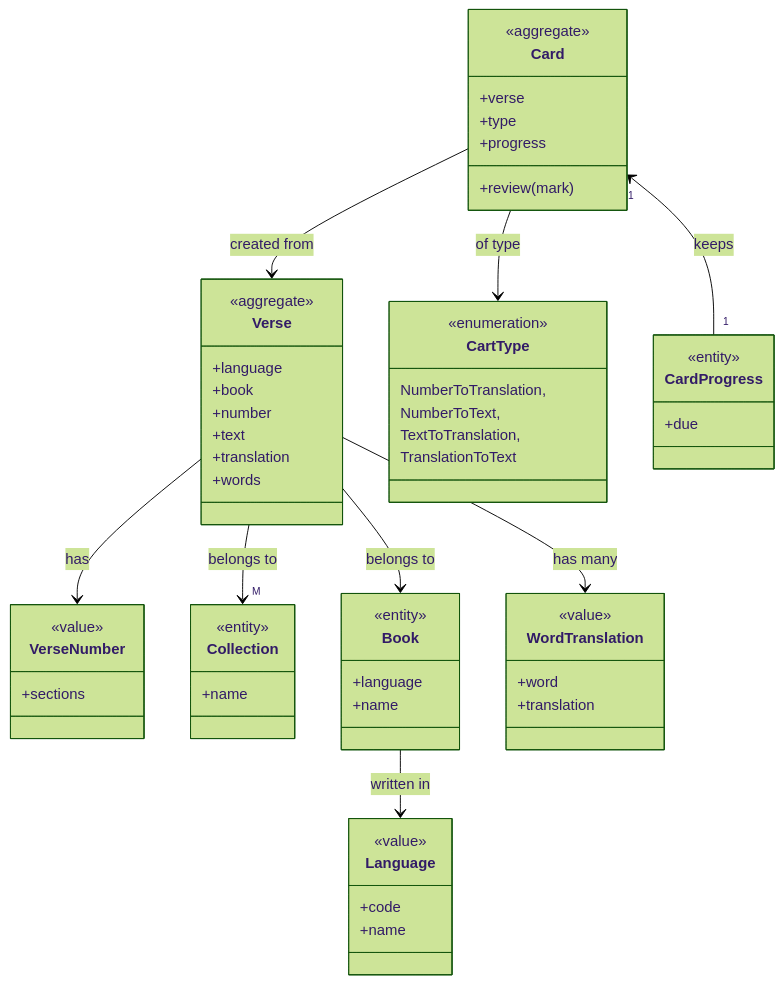
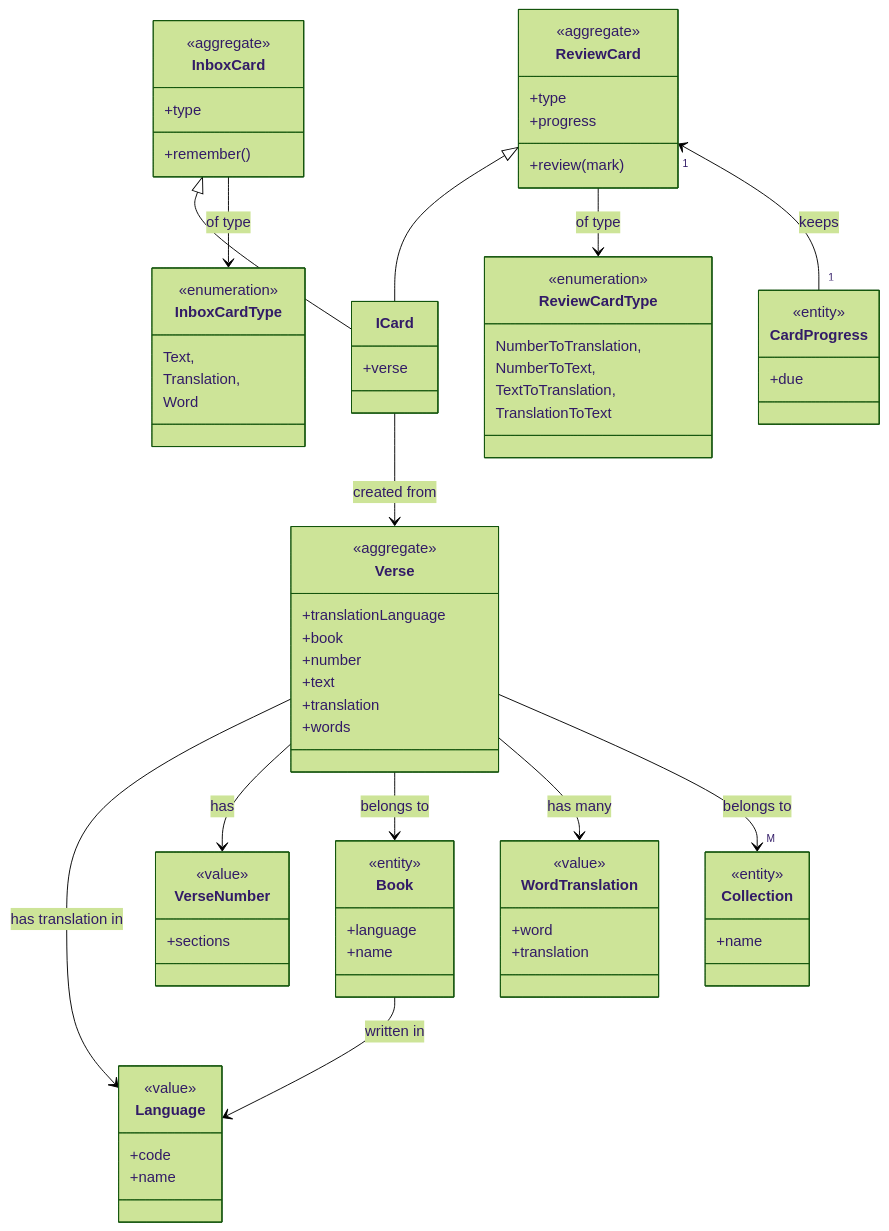
One commit to akdasa-studios/shlokas changed the diagram in docs/models.md. Above: the diagram before and after it, drawn with Mermaid (forest theme). The commit also changed 1 other file, not shown here.

Commit message:
docs: flow and models

````diff
--- a/docs/models.md
+++ b/docs/models.md
@@ -33,7 +33,7 @@
 
 class Verse {
     <<aggregate>>
-    +language
+    +translationLanguage
     +book
     +number
     +text
@@ -41,7 +41,14 @@
     +words
 }
 
-class CartType {
+class InboxCardType {
+    <<enumeration>>
+    Text,
+    Translation,
+    Word
+}
+
+class ReviewCardType {
     <<enumeration>>
     NumberToTranslation,
     NumberToText,
@@ -49,9 +56,18 @@
     TranslationToText
 }
 
-class Card {
+class ICard {
+    +verse
+}
+
+class InboxCard {
     <<aggregate>>
-    +verse
+    +type
+    +remember()
+}
+
+class ReviewCard {
+    <<aggregate>>
     +type
     +progress
     +review(mark)
@@ -63,11 +79,19 @@
 }
 
 Book --> Language : written in
+
+Verse --> Language : has translation in
 Verse --> VerseNumber : has
 Verse --> Book : belongs to
-Card --> Verse : created from
 Verse --> WordTranslation : has many
-Card "1" <-- "1" CardProgress : keeps
 Verse --> "M" Collection : belongs to
-Card --> CartType : of type
+
+ICard --> Verse : created from
+
+ReviewCard <|-- ICard
+ReviewCard --> ReviewCardType : of type
+ReviewCard "1" <-- "1" CardProgress : keeps
+
+InboxCard <|-- ICard
+InboxCard --> InboxCardType : of type
 ```
````
